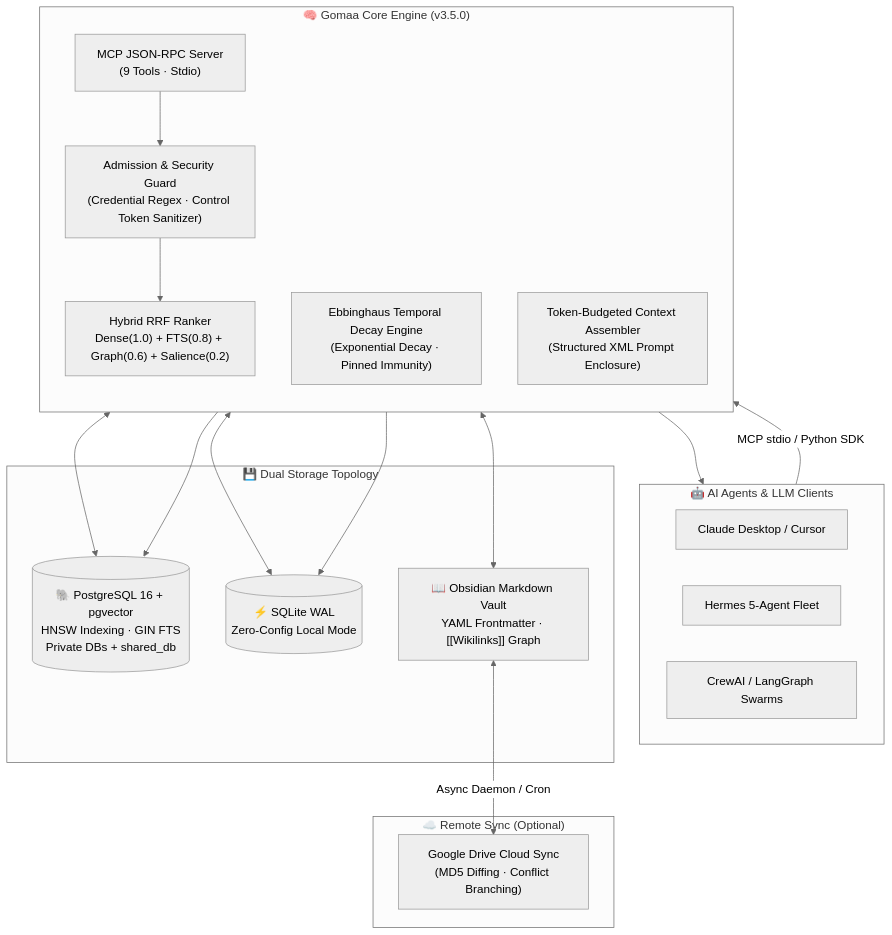
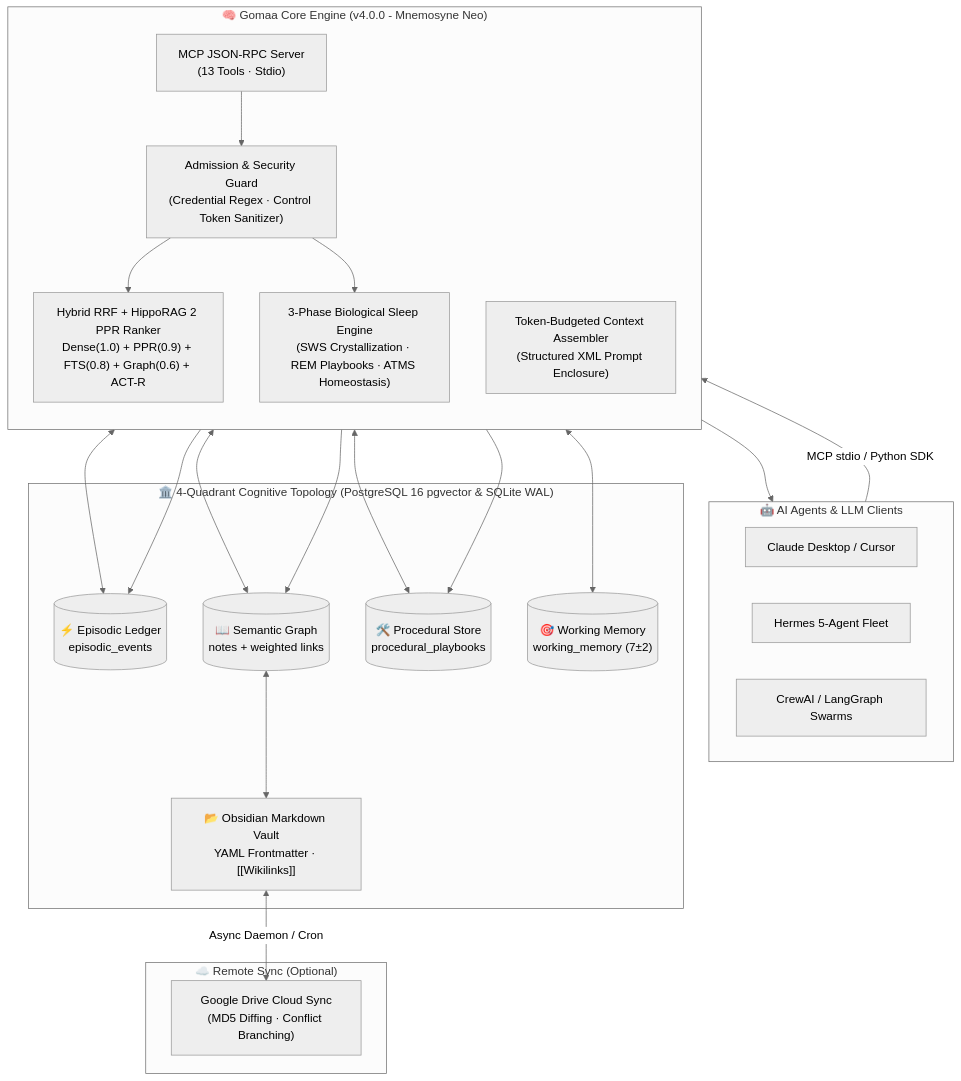
The diagram in README.md (M4F-S/gomaa), drawn with Mermaid (neutral theme) before and after one commit. The commit also changed other lines of this file and 1 other file, not shown here.

Commit message:
docs(readme): update README.md and handover index for Gomaa v4.0.0 (Mnemosyne Neo)

````diff
--- a/README.md
+++ b/README.md
@@ -184,38 +191,44 @@
 ```mermaid
 flowchart TD
     subgraph Clients["🤖 AI Agents & LLM Clients"]
         Claude["Claude Desktop / Cursor"]
         Hermes["Hermes 5-Agent Fleet"]
         Swarm["CrewAI / LangGraph Swarms"]
     end
 
-    subgraph Core["🧠 Gomaa Core Engine (v3.5.0)"]
+    subgraph Core["🧠 Gomaa Core Engine (v4.0.0 - Mnemosyne Neo)"]
         direction TB
-        MCP["MCP JSON-RPC Server\n(9 Tools · Stdio)"]
+        MCP["MCP JSON-RPC Server\n(13 Tools · Stdio)"]
         Security["Admission & Security Guard\n(Credential Regex · Control Token Sanitizer)"]
-        RRF["Hybrid RRF Ranker\nDense(1.0) + FTS(0.8) + Graph(0.6) + Salience(0.2)"]
-        Decay["Ebbinghaus Temporal Decay Engine\n(Exponential Decay · Pinned Immunity)"]
+        RRF["Hybrid RRF + HippoRAG 2 PPR Ranker\nDense(1.0) + PPR(0.9) + FTS(0.8) + Graph(0.6) + ACT-R"]
+        Sleep["3-Phase Biological Sleep Engine\n(SWS Crystallization · REM Playbooks · ATMS Homeostasis)"]
         Assembler["Token-Budgeted Context Assembler\n(Structured XML Prompt Enclosure)"]
     end
 
-    subgraph Storage["💾 Dual Storage Topology"]
-        Postgres[("🐘 PostgreSQL 16 + pgvector\nHNSW Indexing · GIN FTS\nPrivate DBs + shared_db")]
-        SQLite[("⚡ SQLite WAL\nZero-Config Local Mode")]
-        Vault["📖 Obsidian Markdown Vault\nYAML Frontmatter · [[Wikilinks]] Graph"]
+    subgraph Quadrants["🏛️ 4-Quadrant Cognitive Topology (PostgreSQL 16 pgvector & SQLite WAL)"]
+        Episodic[("⚡ Episodic Ledger\nepisodic_events")]
+        Semantic[("📖 Semantic Graph\nnotes + weighted links")]
+        Procedural[("🛠️ Procedural Store\nprocedural_playbooks")]
+        Working[("🎯 Working Memory\nworking_memory (7±2)")]
+        Vault["📂 Obsidian Markdown Vault\nYAML Frontmatter · [[Wikilinks]]"]
     end
 
     subgraph Cloud["☁️ Remote Sync (Optional)"]
         GDrive["Google Drive Cloud Sync\n(MD5 Diffing · Conflict Branching)"]
     end
 
     Clients -->|MCP stdio / Python SDK| MCP
     MCP --> Security
     Security --> RRF
-    RRF <--> Postgres
-    RRF <--> SQLite
-    RRF <--> Vault
-    Decay --> Postgres
-    Decay --> SQLite
+    Security --> Sleep
+    RRF <--> Episodic
+    RRF <--> Semantic
+    RRF <--> Procedural
+    RRF <--> Working
+    Semantic <--> Vault
+    Sleep --> Episodic
+    Sleep --> Semantic
+    Sleep --> Procedural
     Assembler --> Clients
     Vault <-->|Async Daemon / Cron| GDrive
 ```
````
